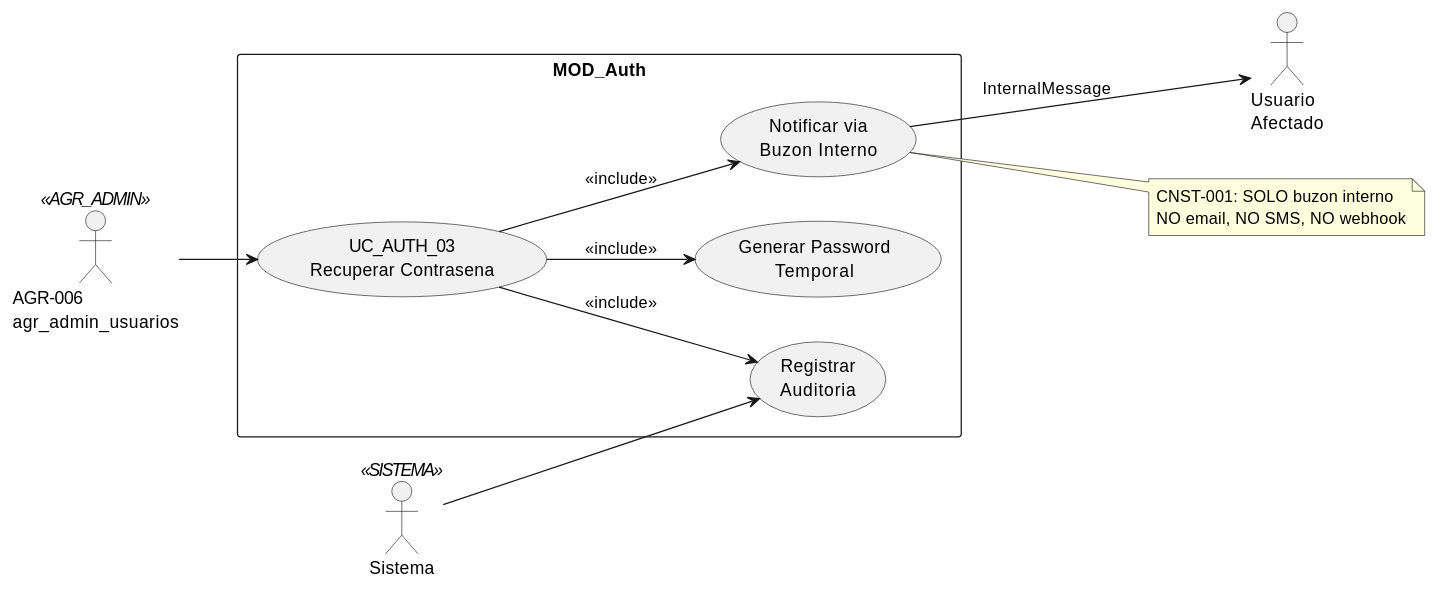
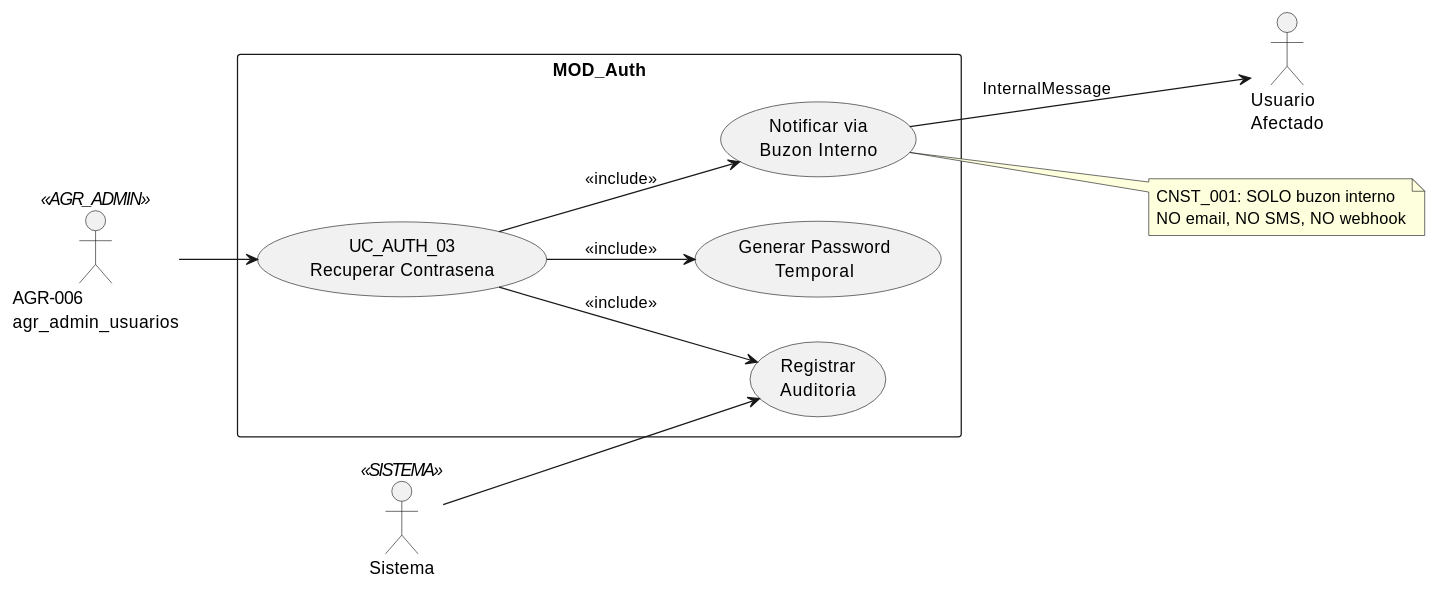
One commit to jcg-admin/IACT-docs changed the first of 3 diagrams in source/requisitos/casos_uso/auth/UC_AUTH_03_Recuperar_Contrasena.rst. Above: the diagram before and after it, drawn with PlantUML. The commit also changed other lines of this file and 67 other files, not shown here.

```diff
--- a/source/requisitos/casos_uso/auth/UC_AUTH_03_Recuperar_Contrasena.rst
+++ b/source/requisitos/casos_uso/auth/UC_AUTH_03_Recuperar_Contrasena.rst
@@ -66,31 +66,31 @@
 .. uml::
    :caption: Diagrama de Caso de Uso - UC_AUTH_03
 
    @startuml
 
    left to right direction
 
    actor "AGR-006\nagr_admin_usuarios" as ADMIN <<AGR_ADMIN>>
    actor "Usuario\nAfectado" as USER
    actor "Sistema" as SYS <<SISTEMA>>
 
    rectangle "MOD_Auth" {
      usecase "UC_AUTH_03\nRecuperar Contrasena" as UC03
      usecase "Generar Password\nTemporal" as GEN
      usecase "Notificar via\nBuzon Interno" as NOT
      usecase "Registrar\nAuditoria" as AUD
    }
 
    ADMIN --> UC03
    UC03 --> GEN : <<include>>
    UC03 --> NOT : <<include>>
    UC03 --> AUD : <<include>>
    NOT --> USER : InternalMessage
    SYS --> AUD
 
    note right of NOT
-     CNST-001: SOLO buzon interno
+     CNST_001: SOLO buzon interno
      NO email, NO SMS, NO webhook
    end note
 
    @enduml
```
